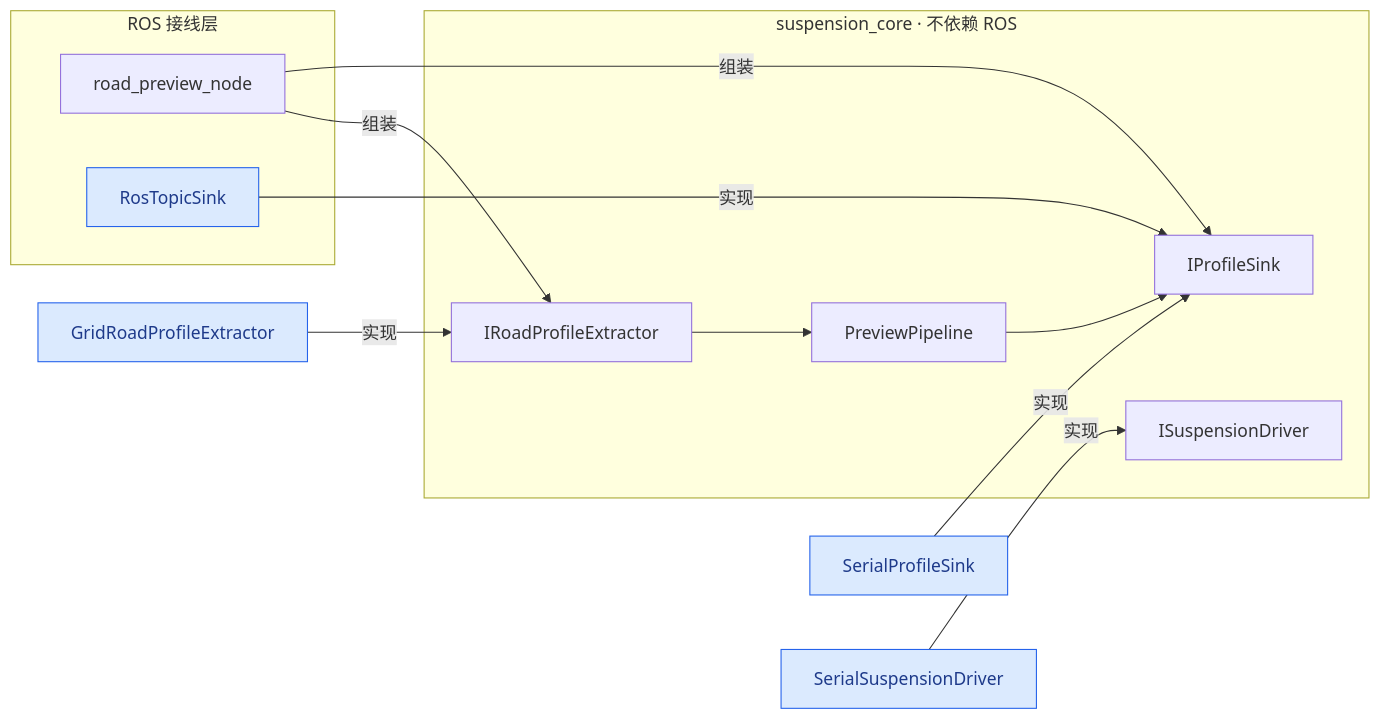
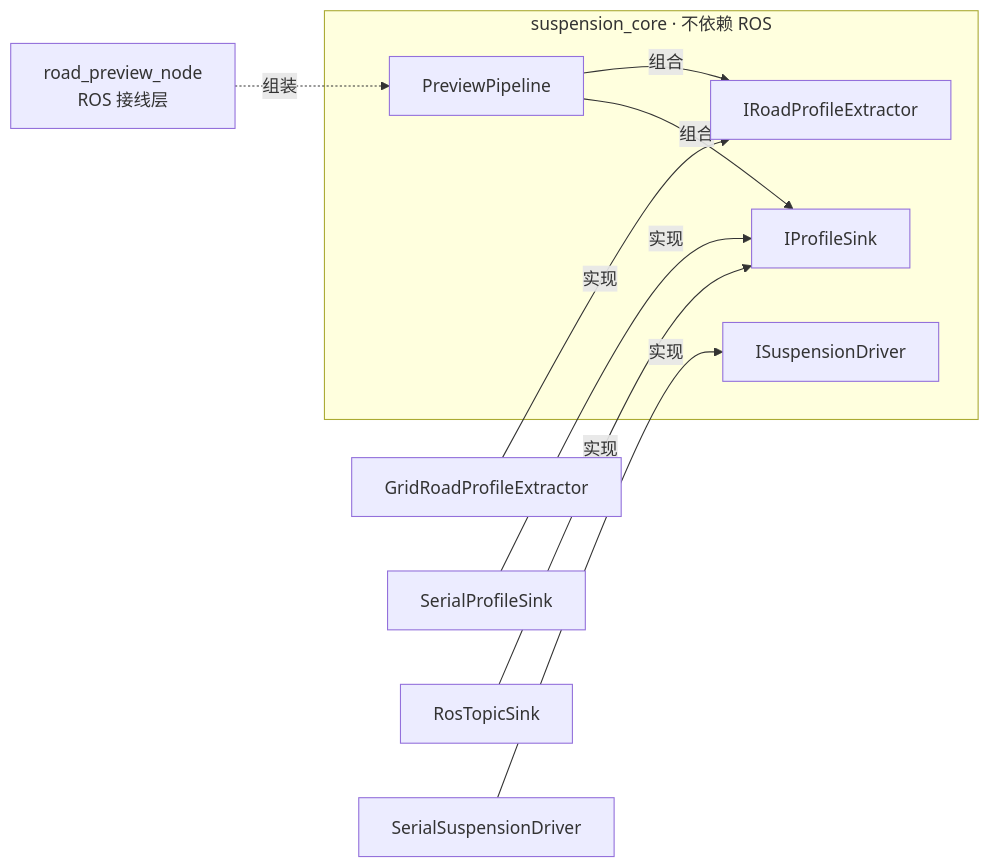
Before and after one commit to qi-neo/active-suspension-lidar-preview: the third of 4 diagrams in README.md, drawn with Mermaid. The commit also changed other lines of this file and 1 other file, not shown here.

First line of the commit message:
docs: 重排 README 四张 mermaid 图，适配深色主题

````diff
--- a/README.md
+++ b/README.md
@@ -151,20 +149,16 @@
 ```mermaid
-%%{init: {"fontFamily": "-apple-system, BlinkMacSystemFont, PingFang SC, Helvetica Neue, Microsoft YaHei, sans-serif"}}%%
 flowchart LR
     subgraph CORE["suspension_core · 不依赖 ROS"]
-        EX["IRoadProfileExtractor"] --> PP["PreviewPipeline"] --> SK["IProfileSink"]
+        EX["IRoadProfileExtractor"]
+        PP["PreviewPipeline"]
+        SK["IProfileSink"]
         DR["ISuspensionDriver"]
     end
-    subgraph LAYER["ROS 接线层"]
-        N["road_preview_node"]
-        RS["RosTopicSink"]
-    end
-    N -->|组装| EX
-    N -->|组装| SK
+    N["road_preview_node<br/>ROS 接线层"] -.->|组装| PP
     GF["GridRoadProfileExtractor"] -->|实现| EX
     SF["SerialProfileSink"] -->|实现| SK
+    RS["RosTopicSink"] -->|实现| SK
     SD["SerialSuspensionDriver"] -->|实现| DR
-    RS -->|实现| SK
-    classDef impl fill:#dbeafe,stroke:#2563eb,color:#1e3a8a
-    class GF,SF,SD,RS impl
+    PP -->|组合| EX
+    PP -->|组合| SK
 ```
````
